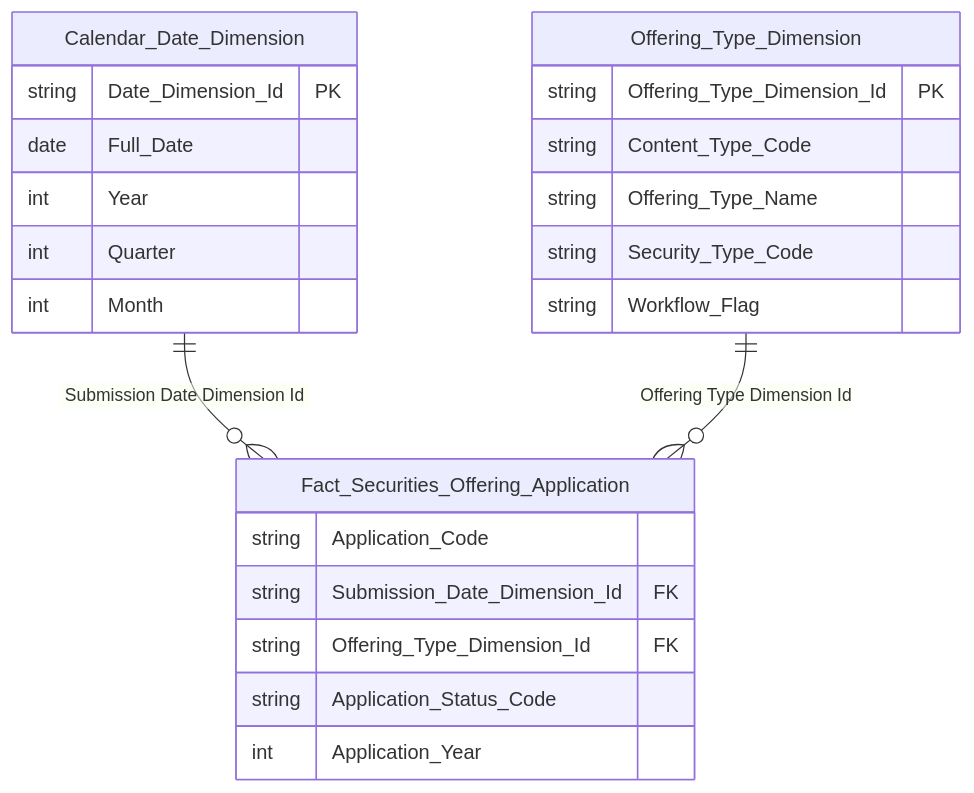
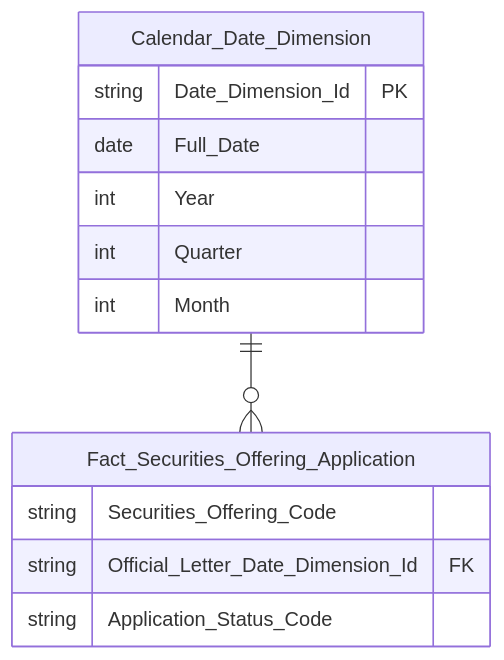
Diagram 12 of 21 in Datamart/hld/DTM_QLCB_HLD.md (linhlvit/ubck_atomic_design), drawn with Mermaid before and after one commit. The commit also changed other lines of this file and 4 other files, not shown here.

````diff
--- a/Datamart/hld/DTM_QLCB_HLD.md
+++ b/Datamart/hld/DTM_QLCB_HLD.md
@@ -565,27 +620,17 @@
 ```mermaid
 erDiagram
-    Calendar_Date_Dimension ||--o{ Fact_Securities_Offering_Application : "Submission Date Dimension Id"
-    Offering_Type_Dimension ||--o{ Fact_Securities_Offering_Application : "Offering Type Dimension Id"
+    Calendar_Date_Dimension ||--o{ Fact_Securities_Offering_Application : " "
 
     Calendar_Date_Dimension {
         string Date_Dimension_Id PK
         date Full_Date
         int Year
         int Quarter
         int Month
     }
-    Offering_Type_Dimension {
-        string Offering_Type_Dimension_Id PK
-        string Content_Type_Code
-        string Offering_Type_Name
-        string Security_Type_Code
-        string Workflow_Flag
-    }
     Fact_Securities_Offering_Application {
-        string Application_Code
-        string Submission_Date_Dimension_Id FK
-        string Offering_Type_Dimension_Id FK
+        string Securities_Offering_Code
+        string Official_Letter_Date_Dimension_Id FK
         string Application_Status_Code
-        int Application_Year
     }
 ```
````
